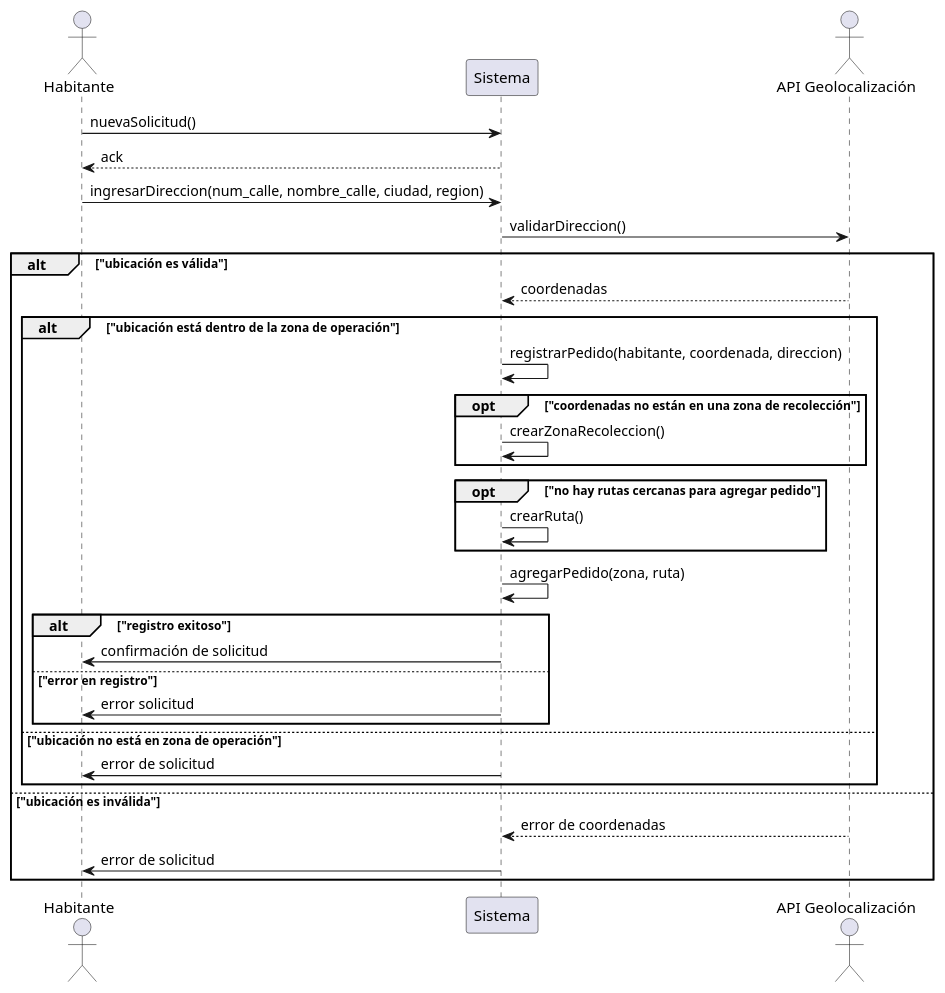
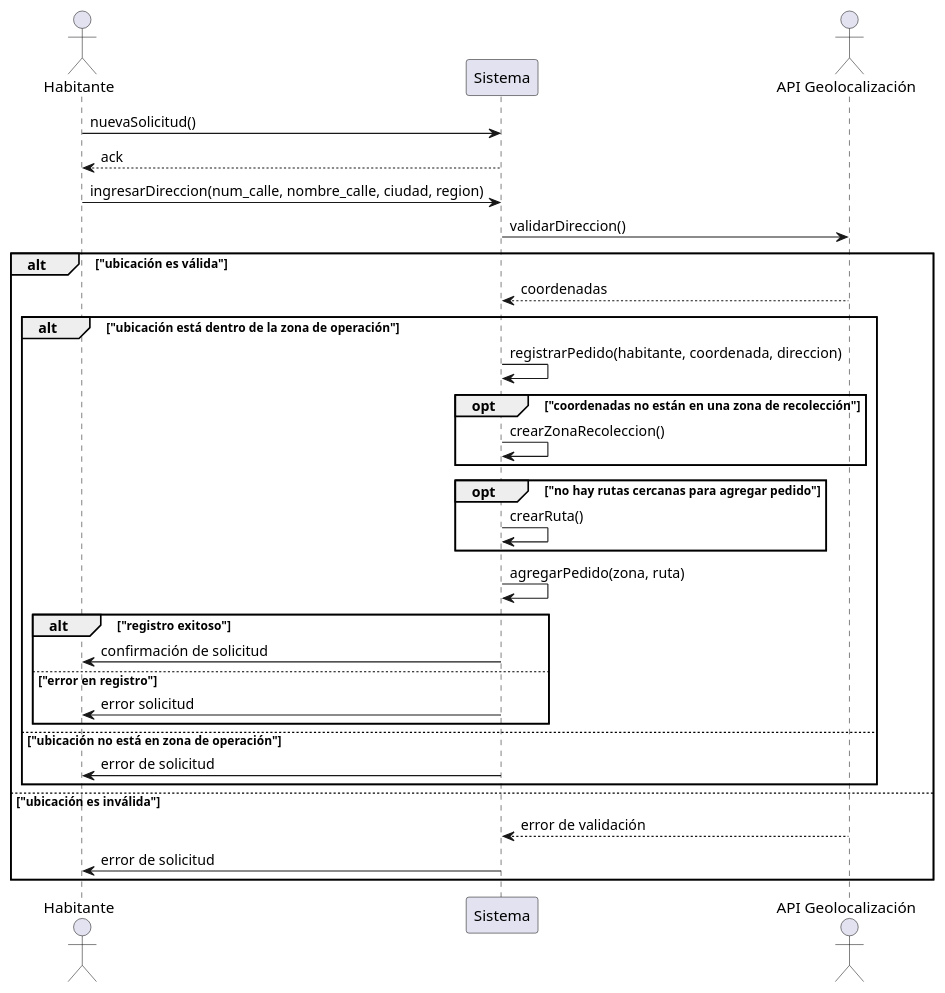
One commit to parlinhoo/ing-software1 changed the diagram in dss.puml. Above: the diagram before and after it, drawn with PlantUML.

Commit message:
Actualización dss.puml
"Error de coordenadas" cambiado a "Error de validación"

```diff
--- a/dss.puml
+++ b/dss.puml
@@ -1,39 +1,39 @@
 @startuml
 actor Habitante                 as Habitante
 participant Sistema             as Sistema
 actor "API Geolocalización"     as api_geo
 
 Habitante -> Sistema: nuevaSolicitud()
 Sistema --> Habitante: ack
 Habitante -> Sistema: ingresarDireccion(num_calle, nombre_calle, ciudad, region)
 Sistema -> api_geo: validarDireccion()
 
 alt "ubicación es válida"
 	api_geo --> Sistema: coordenadas
 	alt "ubicación está dentro de la zona de operación"
 		Sistema -> Sistema: registrarPedido(habitante, coordenada, direccion)
 		
 		opt "coordenadas no están en una zona de recolección"
 				Sistema -> Sistema: crearZonaRecoleccion()
 		end
 		
 		opt "no hay rutas cercanas para agregar pedido"
 				Sistema -> Sistema: crearRuta()
 		end
 		
 		Sistema -> Sistema: agregarPedido(zona, ruta)
 		
 		alt "registro exitoso"
 				Sistema -> Habitante: confirmación de solicitud
 		else "error en registro"
 				Sistema -> Habitante: error solicitud
 		end
 	else "ubicación no está en zona de operación"
 		Sistema -> Habitante: error de solicitud
 	end
 else "ubicación es inválida"
-	api_geo --> Sistema: error de coordenadas
+	api_geo --> Sistema: error de validación
 	Sistema -> Habitante: error de solicitud
 end
 
 @enduml
```
